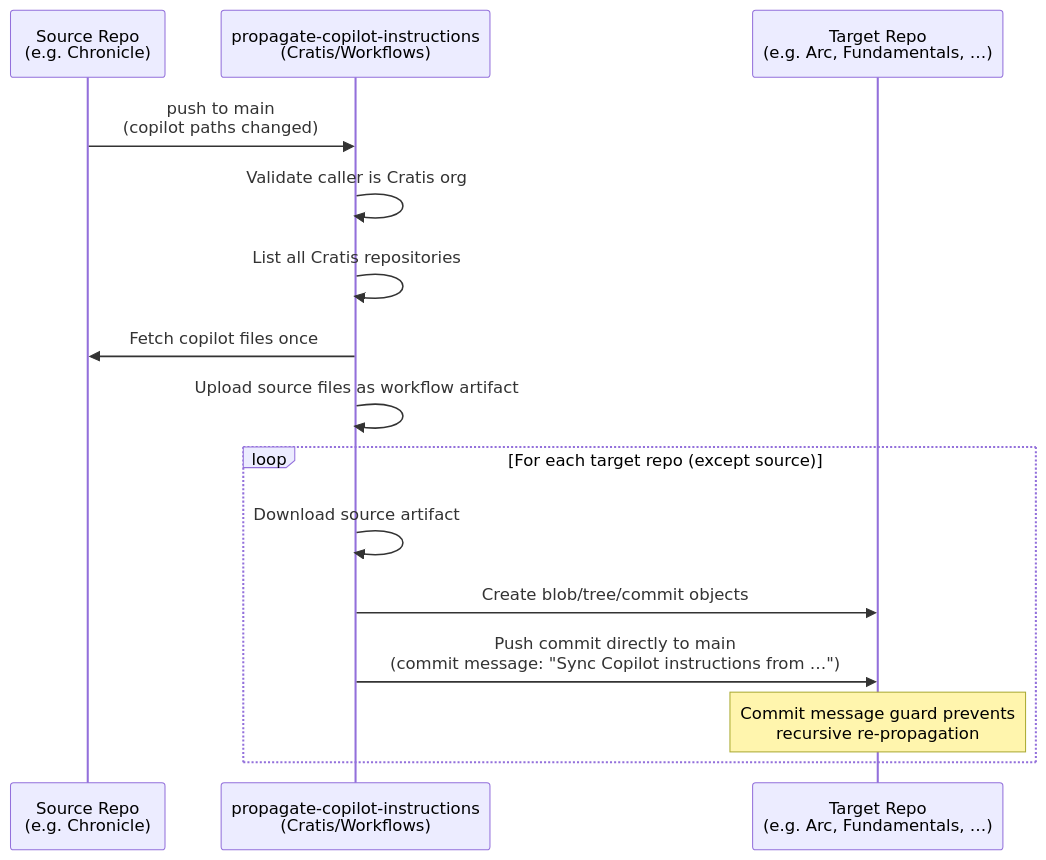
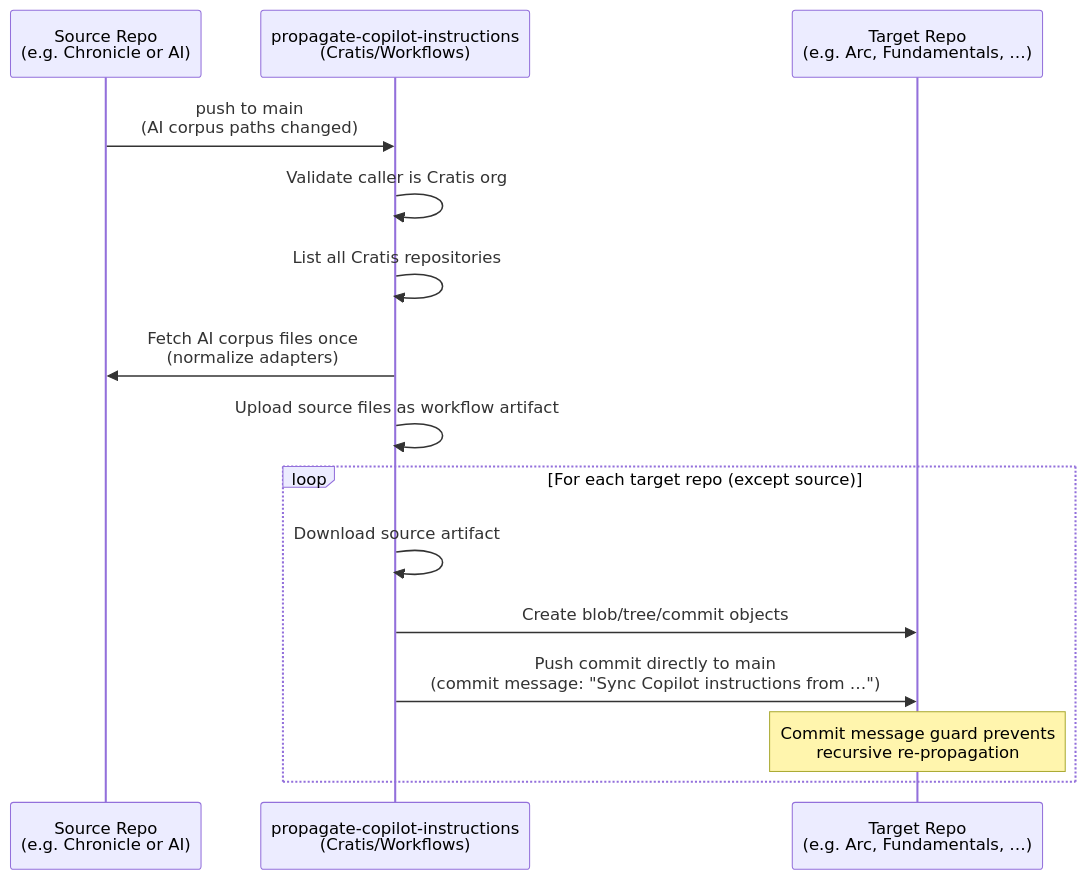
One commit to Cratis/Workflows changed the first of 2 diagrams in README.md. Above: the diagram before and after it, drawn with Mermaid. The commit also changed other lines of this file and 2 other files, not shown here.

Commit message:
Normalize AI corpus adapters during propagation

````diff
--- a/README.md
+++ b/README.md
@@ -204,18 +204,18 @@
 ```mermaid
 sequenceDiagram
-    participant Source as Source Repo<br/>(e.g. Chronicle)
+    participant Source as Source Repo<br/>(e.g. Chronicle or AI)
     participant Propagate as propagate-copilot-instructions<br/>(Cratis/Workflows)
     participant Target as Target Repo<br/>(e.g. Arc, Fundamentals, …)
 
-    Source->>Propagate: push to main<br/>(copilot paths changed)
+    Source->>Propagate: push to main<br/>(AI corpus paths changed)
     Propagate->>Propagate: Validate caller is Cratis org
     Propagate->>Propagate: List all Cratis repositories
-    Propagate->>Source: Fetch copilot files once
+    Propagate->>Source: Fetch AI corpus files once<br/>(normalize adapters)
     Propagate->>Propagate: Upload source files as workflow artifact
     loop For each target repo (except source)
         Propagate->>Propagate: Download source artifact
         Propagate->>Target: Create blob/tree/commit objects
         Propagate->>Target: Push commit directly to main<br/>(commit message: "Sync Copilot instructions from …")
         Note over Target: Commit message guard prevents<br/>recursive re-propagation
     end
 ```
````
